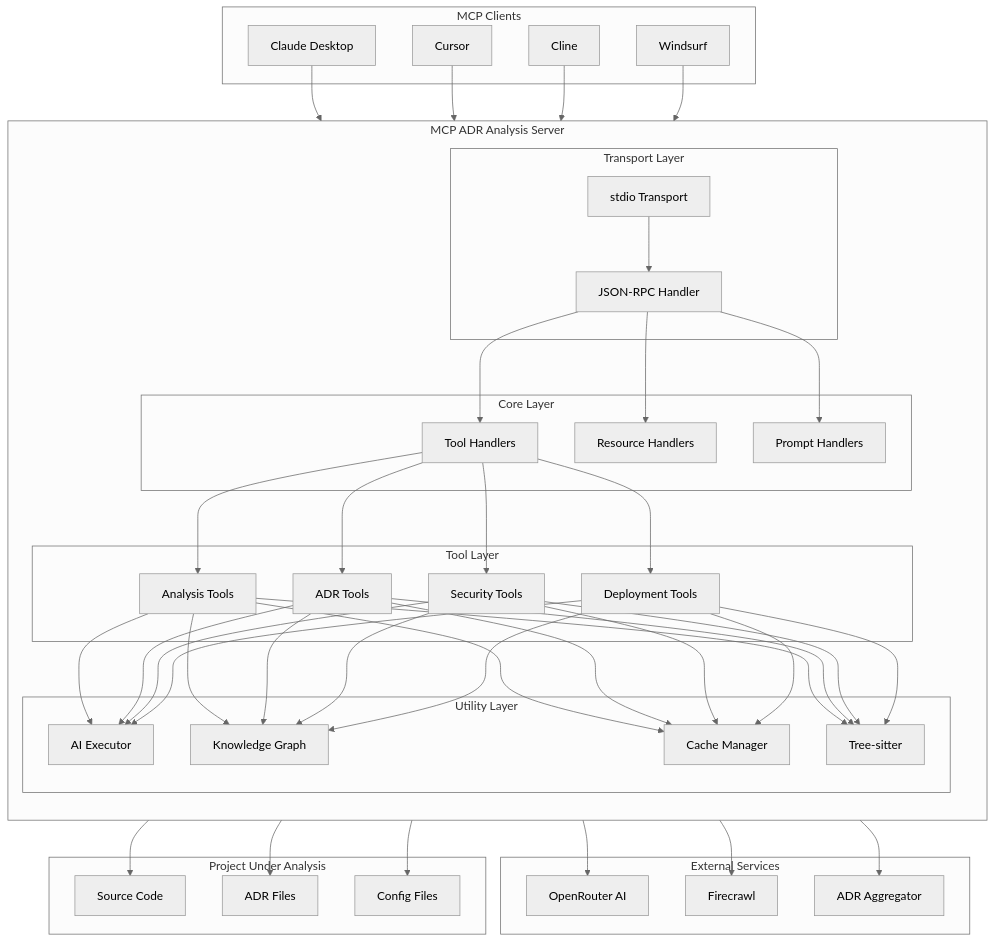
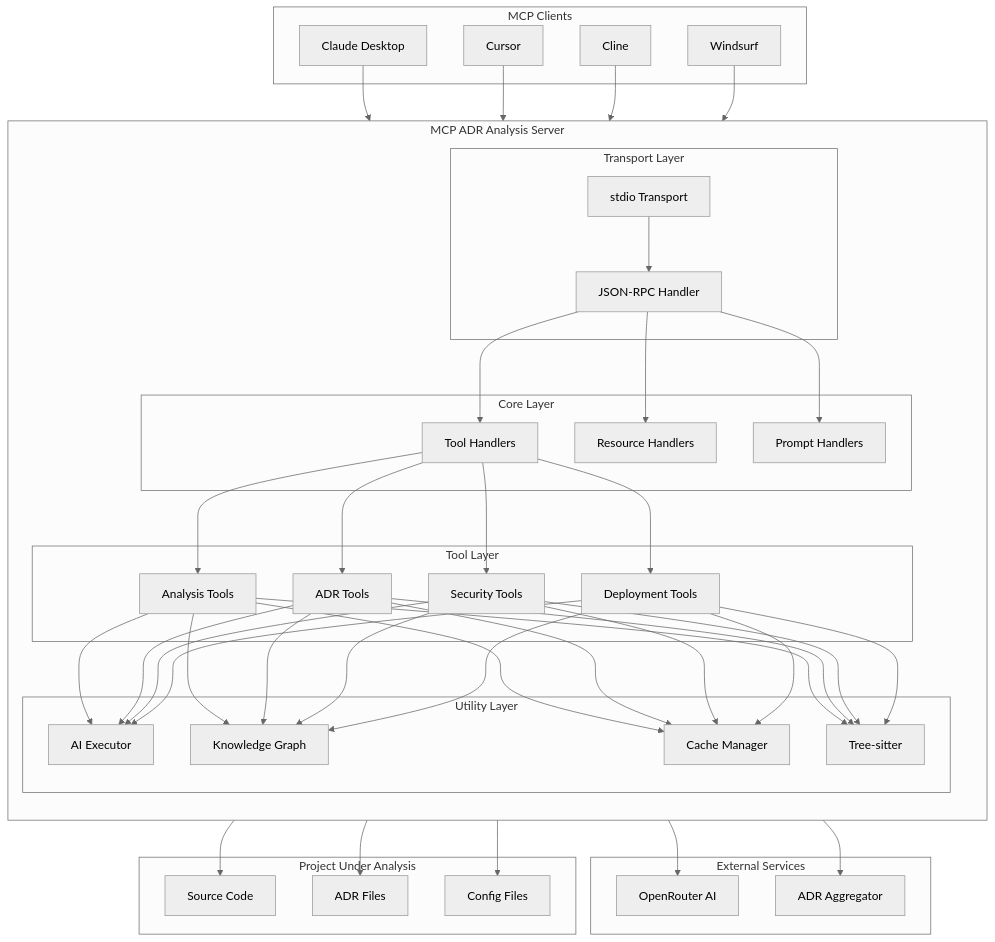
The first of 5 diagrams in docs/explanation/architecture-overview.md (tosin2013/mcp-adr-analysis-server), drawn with Mermaid (neutral theme) before and after one commit. The commit also changed 24 other files, not shown here.

````diff
--- a/docs/explanation/architecture-overview.md
+++ b/docs/explanation/architecture-overview.md
@@ -15,61 +15,59 @@
 ```mermaid
 flowchart TB
     subgraph Clients[MCP Clients]
         C1[Claude Desktop]
         C2[Cursor]
         C3[Cline]
         C4[Windsurf]
     end
 
     subgraph Server[MCP ADR Analysis Server]
         direction TB
 
         subgraph Transport[Transport Layer]
             T1[stdio Transport]
             T2[JSON-RPC Handler]
         end
 
         subgraph Core[Core Layer]
             H[Tool Handlers]
             R[Resource Handlers]
             P[Prompt Handlers]
         end
 
         subgraph Tools[Tool Layer]
             TL1[Analysis Tools]
             TL2[ADR Tools]
             TL3[Security Tools]
             TL4[Deployment Tools]
         end
 
         subgraph Utils[Utility Layer]
             U1[AI Executor]
             U2[Knowledge Graph]
             U3[Cache Manager]
             U4[Tree-sitter]
         end
     end
 
     subgraph External[External Services]
         E1[OpenRouter AI]
-        E2[Firecrawl]
         E3[ADR Aggregator]
     end
 
     subgraph Project[Project Under Analysis]
         P1[Source Code]
         P2[ADR Files]
         P3[Config Files]
     end
 
     C1 & C2 & C3 & C4 --> T1
     T1 --> T2 --> H & R & P
     H --> TL1 & TL2 & TL3 & TL4
     TL1 & TL2 & TL3 & TL4 --> U1 & U2 & U3 & U4
     U1 --> E1
-    U1 --> E2
     TL2 --> E3
     U4 --> P1
     TL2 --> P2
     TL1 --> P3
 ```
````
